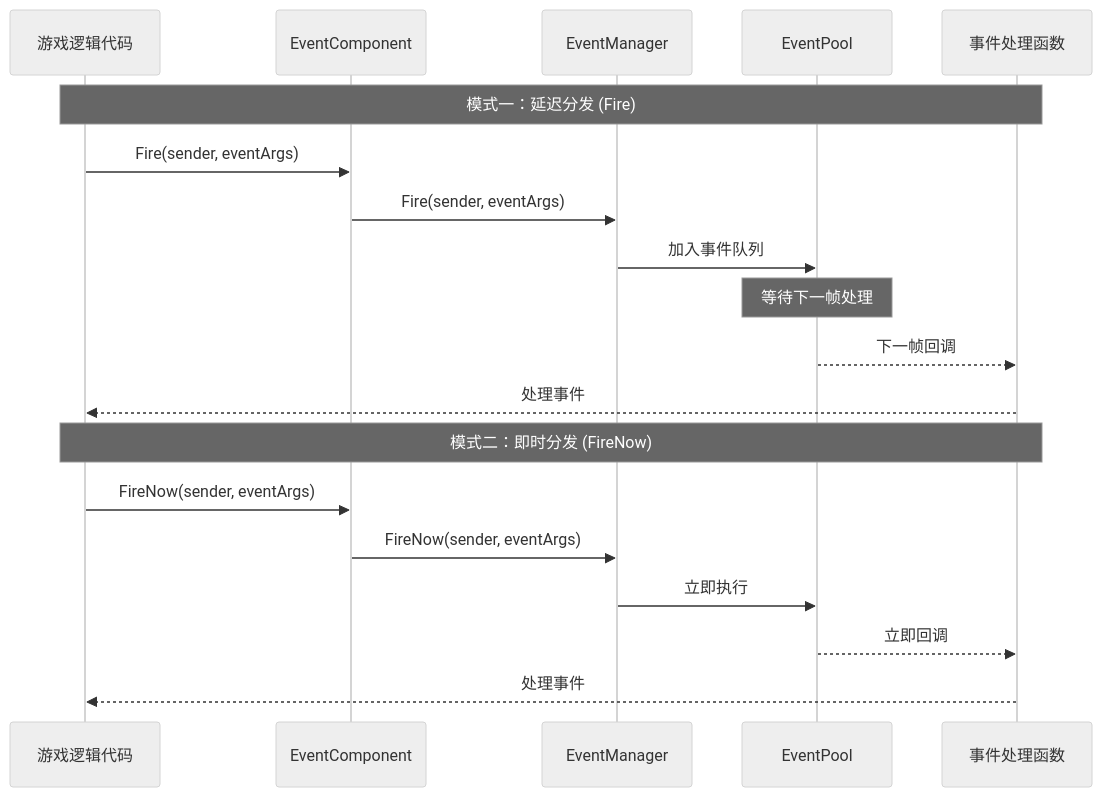
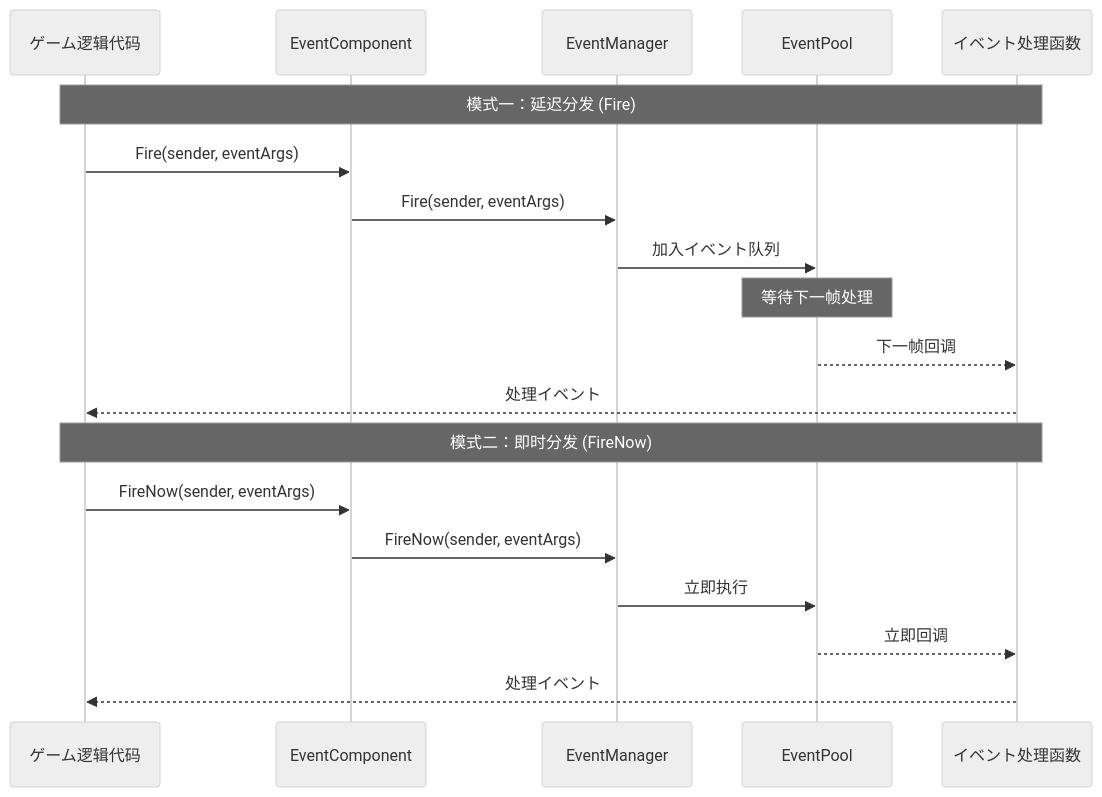
Before and after one commit to AlianBlank/GameFrameX.Docs: the second of 3 diagrams in docs/ja/client/unity/component/event/01.overview.md, drawn with Mermaid (neutral theme). The commit also changed other lines of this file and 603 other files, not shown here.

````diff
--- a/docs/ja/client/unity/component/event/01.overview.md
+++ b/docs/ja/client/unity/component/event/01.overview.md
@@ -71,23 +71,23 @@
 ```mermaid
 sequenceDiagram
-    participant Game as 游戏逻辑代码
+    participant Game as ゲーム逻辑代码
     participant EC as EventComponent
     participant EM as EventManager
     participant EP as EventPool
-    participant Handler as 事件处理函数
+    participant Handler as イベント处理函数
 
     Note over Game,Handler: 模式一：延迟分发 (Fire)
     Game->>EC: Fire(sender, eventArgs)
     EC->>EM: Fire(sender, eventArgs)
-    EM->>EP: 加入事件队列
+    EM->>EP: 加入イベント队列
     Note over EP: 等待下一帧处理
     EP-->>Handler: 下一帧回调
-    Handler-->>Game: 处理事件
+    Handler-->>Game: 处理イベント
 
     Note over Game,Handler: 模式二：即时分发 (FireNow)
     Game->>EC: FireNow(sender, eventArgs)
     EC->>EM: FireNow(sender, eventArgs)
     EM->>EP: 立即执行
     EP-->>Handler: 立即回调
-    Handler-->>Game: 处理事件
+    Handler-->>Game: 处理イベント
 ```
````
